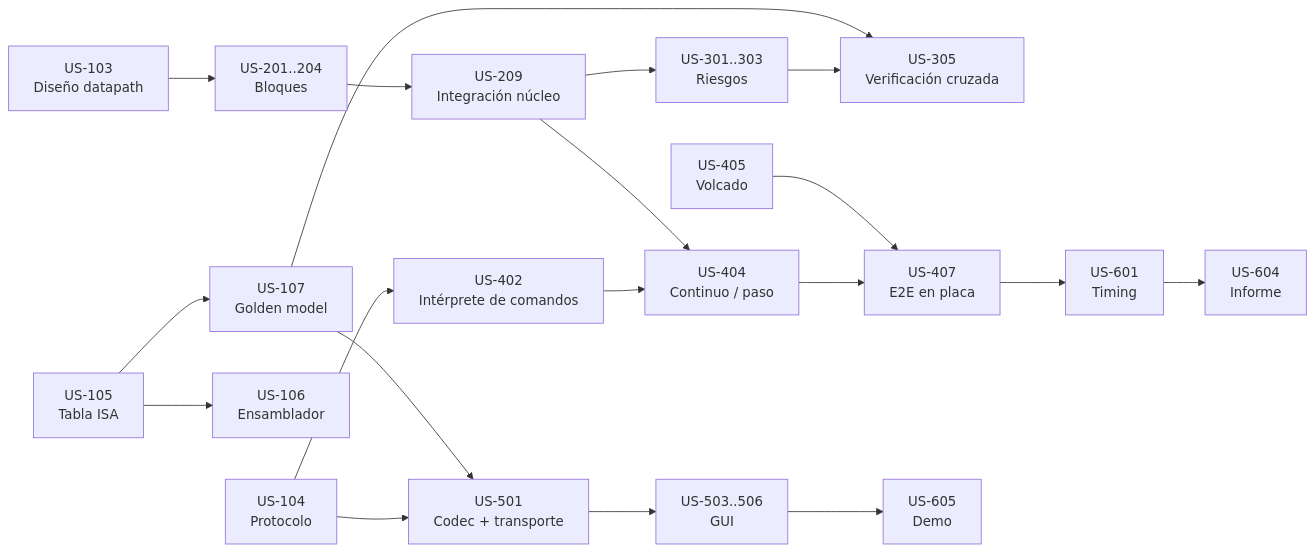
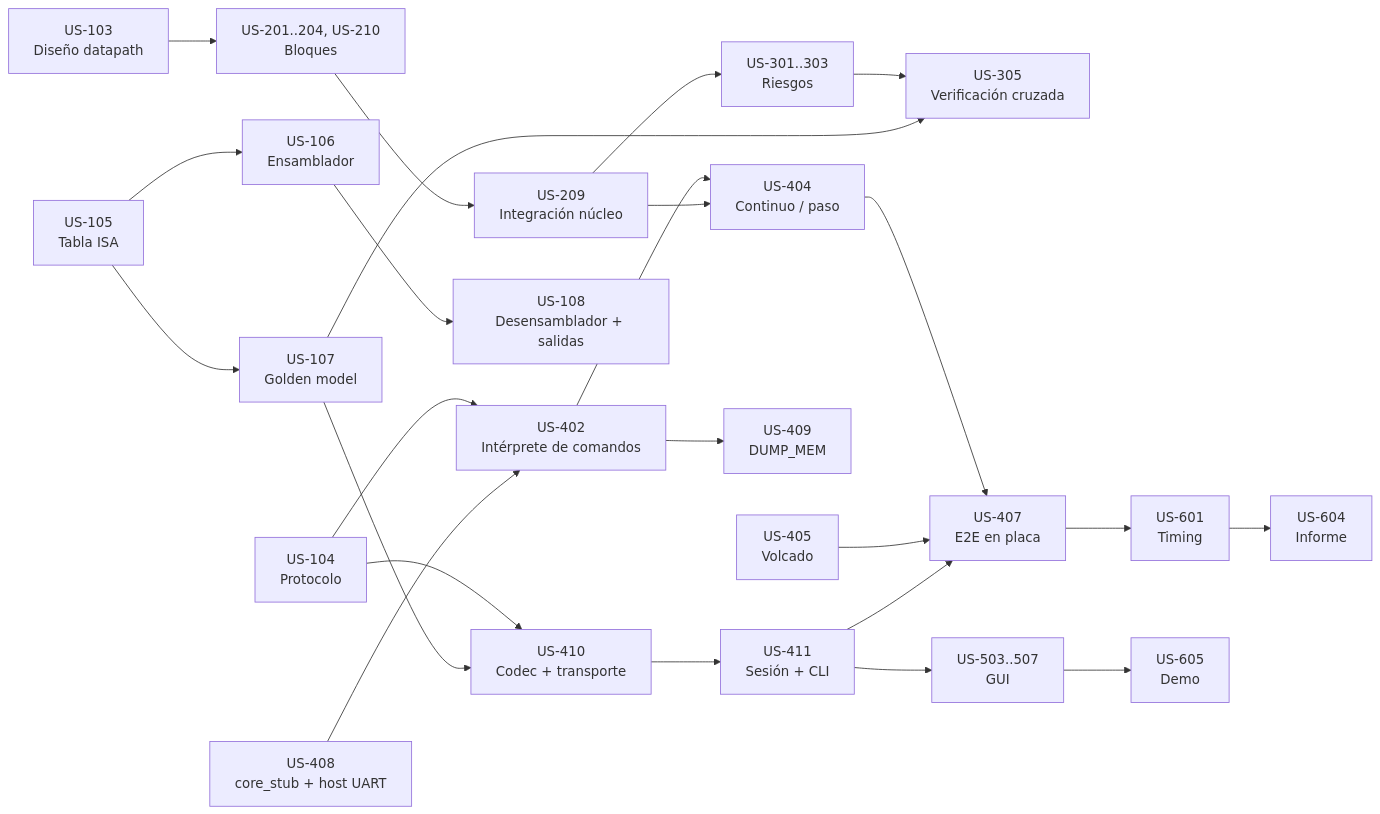
One commit to nicopinera/tps-arqui changed the fourth of 4 diagrams in docs/PRD-pipeline-riscv.md. Above: the diagram before and after it, drawn with Mermaid. The commit also changed other lines of this file, not shown here.

````diff
--- a/docs/PRD-pipeline-riscv.md
+++ b/docs/PRD-pipeline-riscv.md
@@ -668,21 +522,26 @@
 ```mermaid
 flowchart LR
-    US103["US-103<br/>Diseño datapath"] --> US201["US-201..204<br/>Bloques"]
+    US103["US-103<br/>Diseño datapath"] --> US201["US-201..204, US-210<br/>Bloques"]
     US104["US-104<br/>Protocolo"] --> US402["US-402<br/>Intérprete de comandos"]
-    US104 --> US501["US-501<br/>Codec + transporte"]
+    US408["US-408<br/>core_stub + host UART"] --> US402
+    US104 --> US410["US-410<br/>Codec + transporte"]
     US105["US-105<br/>Tabla ISA"] --> US106["US-106<br/>Ensamblador"]
+    US106 --> US108["US-108<br/>Desensamblador + salidas"]
     US105 --> US107["US-107<br/>Golden model"]
     US201 --> US209["US-209<br/>Integración núcleo"]
     US209 --> US301["US-301..303<br/>Riesgos"]
     US301 --> US305["US-305<br/>Verificación cruzada"]
     US107 --> US305
-    US107 --> US501
+    US107 --> US410
+    US410 --> US411["US-411<br/>Sesión + CLI"]
     US402 --> US404["US-404<br/>Continuo / paso"]
+    US402 --> US409["US-409<br/>DUMP_MEM"]
     US209 --> US404
     US404 --> US407["US-407<br/>E2E en placa"]
     US405["US-405<br/>Volcado"] --> US407
-    US501 --> US503["US-503..506<br/>GUI"]
+    US411 --> US407
+    US411 --> US503["US-503..507<br/>GUI"]
     US407 --> US601["US-601<br/>Timing"]
     US503 --> US605["US-605<br/>Demo"]
     US601 --> US604["US-604<br/>Informe"]
 ```
````
